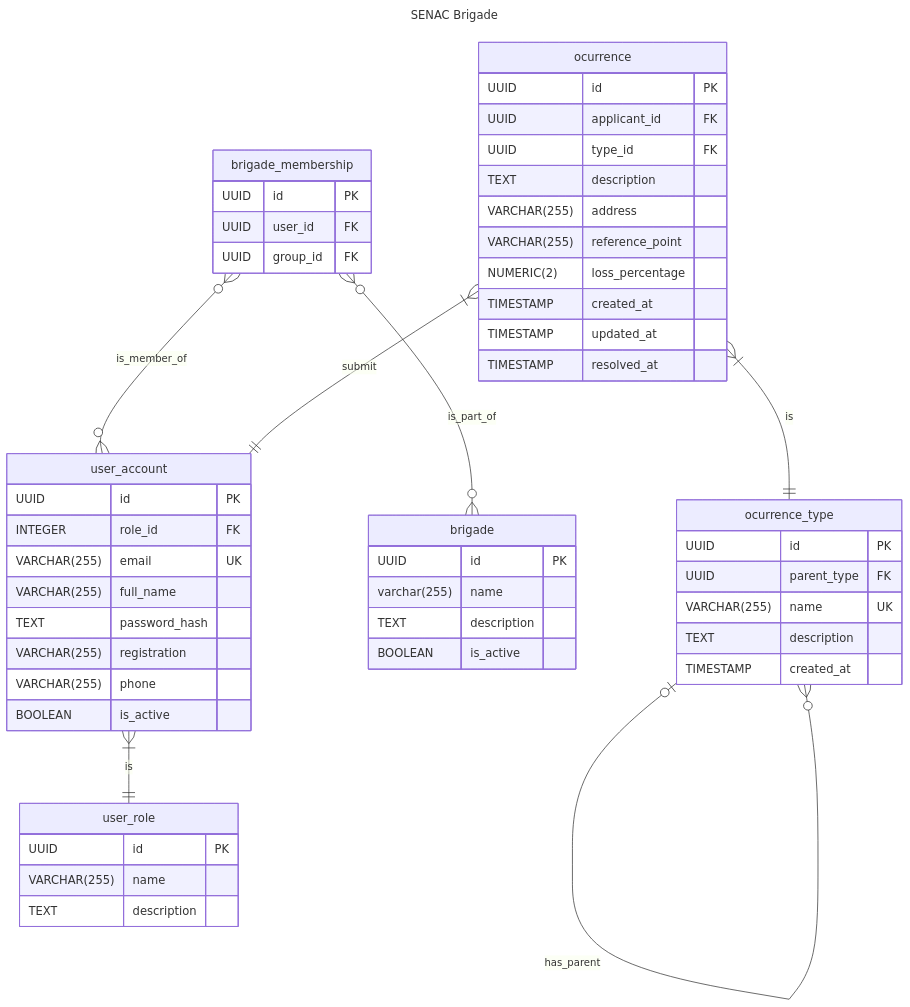
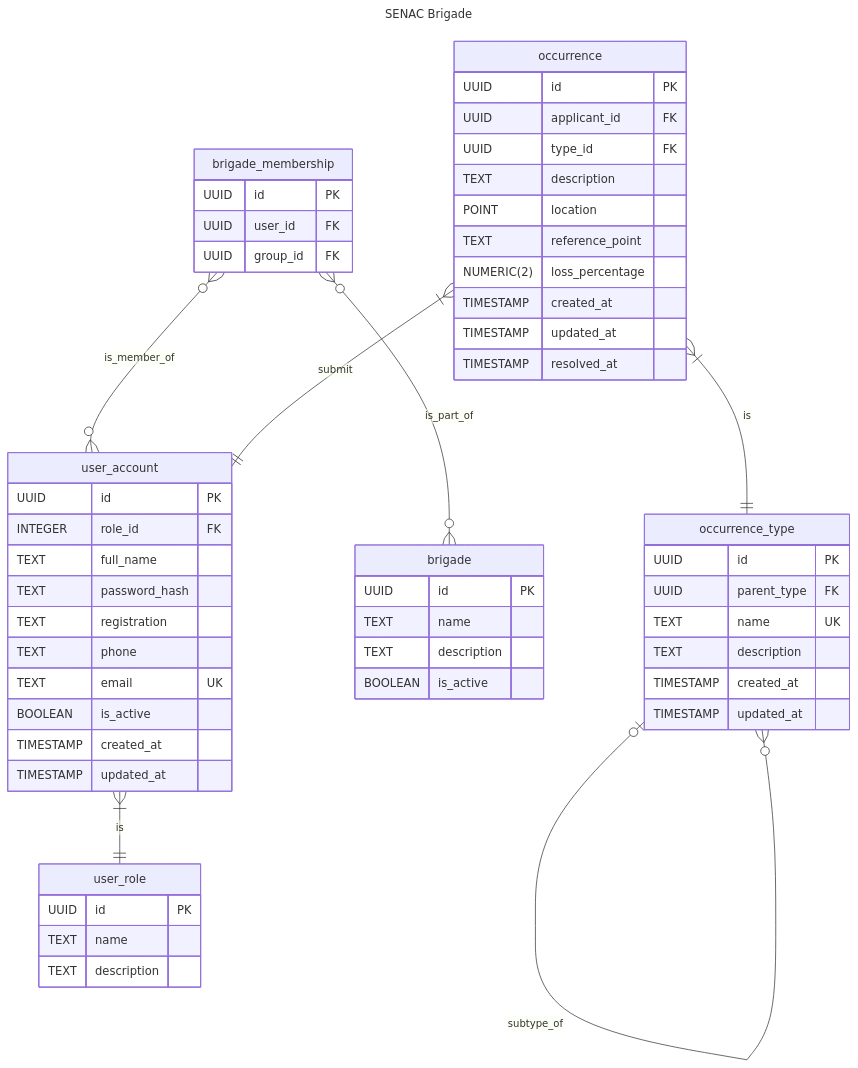
One commit to Kacaii/senac-brigade-server changed the diagram in README.md. Above: the diagram before and after it, drawn with Mermaid. The commit also changed 1 other file, not shown here.

Commit message:
:card_file_box: store occurrence location in a `point` attribute

````diff
--- a/README.md
+++ b/README.md
@@ -16,63 +16,66 @@
 ```mermaid
 ---
 title: SENAC Brigade
 ---
 erDiagram
 
     user_role {
         UUID id PK
-        VARCHAR(255) name
+        TEXT name
         TEXT description
     }
 
     user_account }|--|| user_role : is
     user_account {
         UUID id PK
         INTEGER role_id FK
-        VARCHAR(255) email UK
-        VARCHAR(255) full_name
+        TEXT full_name
         TEXT password_hash
-        VARCHAR(255) registration
-        VARCHAR(255) phone
+        TEXT registration
+        TEXT phone
+        TEXT email UK
         BOOLEAN is_active
+        TIMESTAMP created_at
+        TIMESTAMP updated_at
     }
 
-     brigade {
+    brigade {
         UUID id PK
-        varchar(255) name
+        TEXT name
         TEXT description
         BOOLEAN is_active
     }
 
     brigade_membership }o--o{ user_account : is_member_of
     brigade_membership }o--o{ brigade : is_part_of
     brigade_membership {
         UUID id PK
         UUID user_id FK
         UUID group_id FK
     }
 
-    ocurrence_type |o--o{ ocurrence_type : has_parent
-    ocurrence_type {
+    occurrence_type |o--o{ occurrence_type : subtype_of
+    occurrence_type {
         UUID id PK
         UUID parent_type FK
-        VARCHAR(255) name UK
+        TEXT name UK
         TEXT description
         TIMESTAMP created_at
+        TIMESTAMP updated_at
     }
 
-    ocurrence }|--|| user_account : submit
-    ocurrence }|--|| ocurrence_type : is
-    ocurrence {
+    occurrence }|--|| user_account : submit
+    occurrence }|--|| occurrence_type : is
+    occurrence {
         UUID id PK
         UUID applicant_id FK
         UUID type_id FK
         TEXT description
-        VARCHAR(255) address
-        VARCHAR(255) reference_point
+        POINT location
+        TEXT reference_point
         NUMERIC(2) loss_percentage
         TIMESTAMP created_at
         TIMESTAMP updated_at
         TIMESTAMP resolved_at
     }
 ```
````
